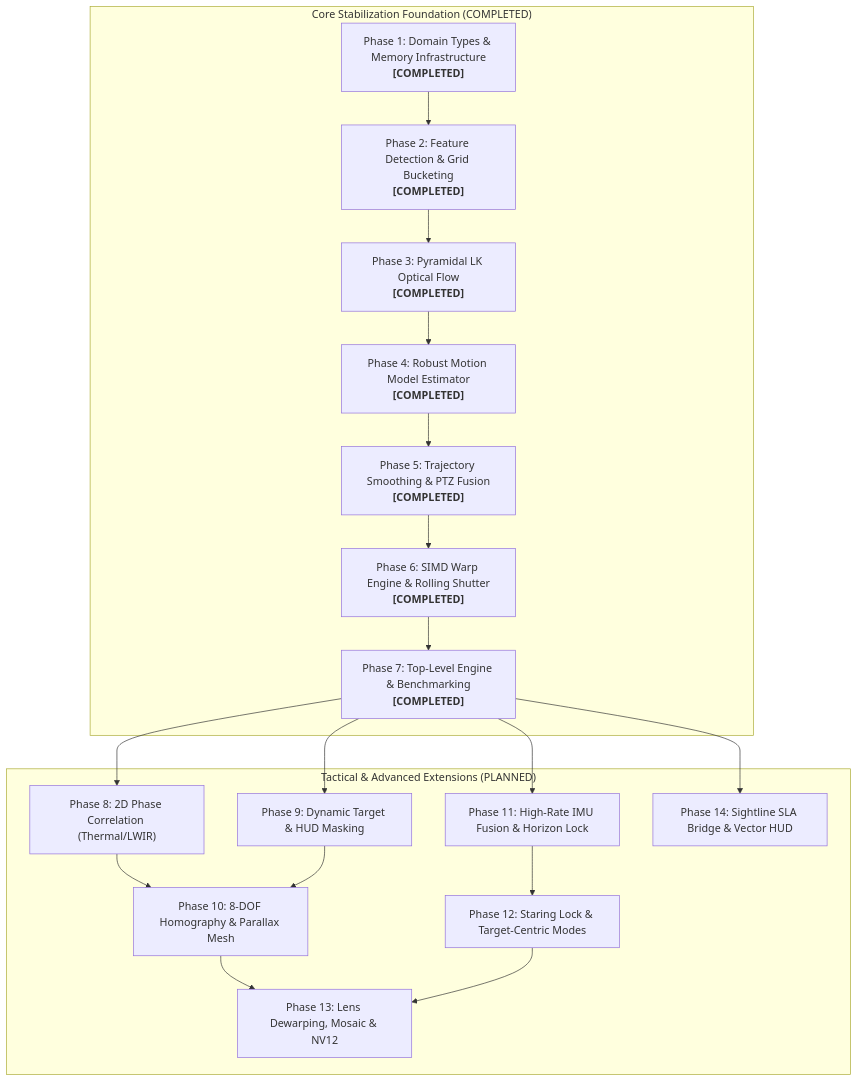
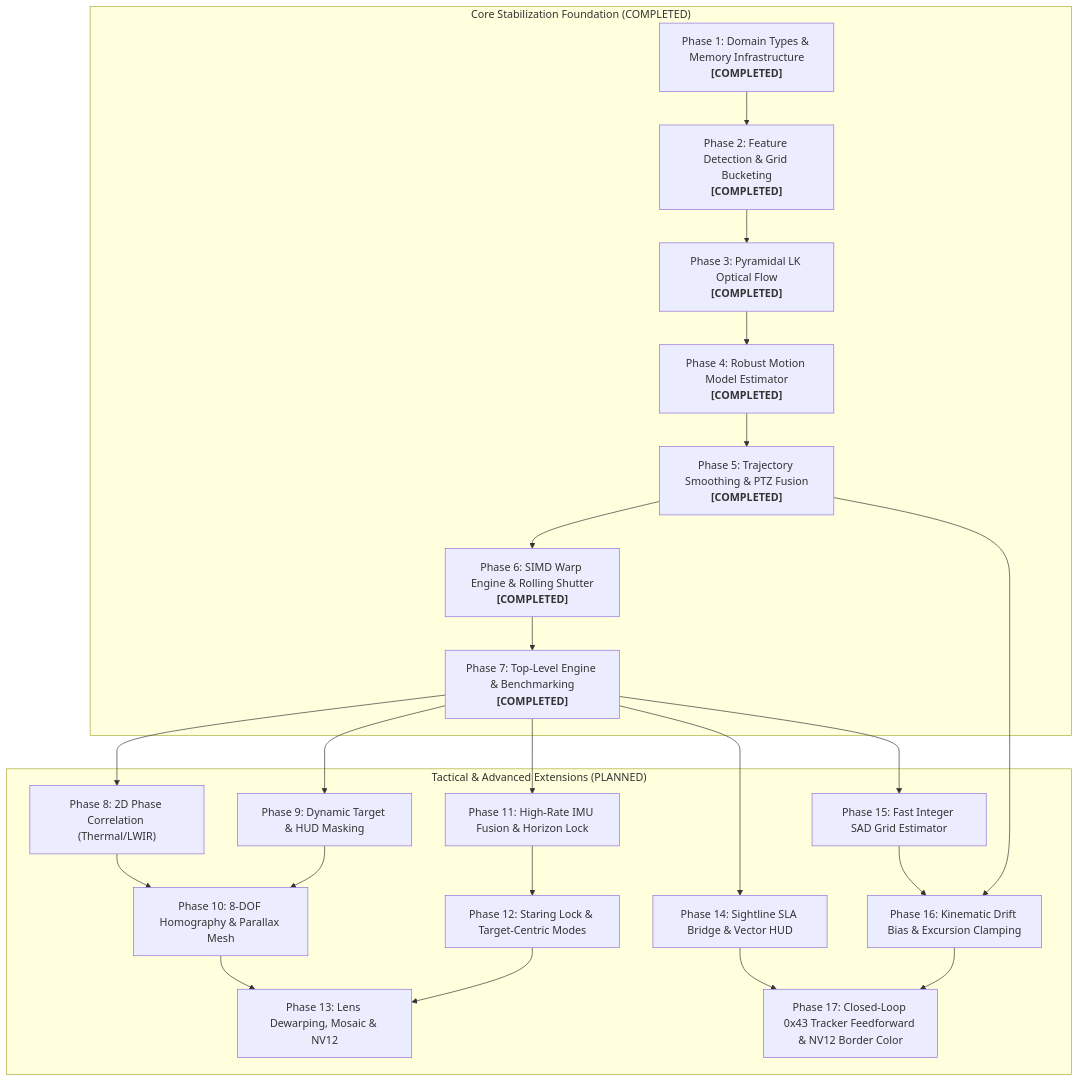
The fourth of 4 diagrams in docs/stabilizer_implementation_plan.md (svagionitis/PelcoD-Controller), drawn with Mermaid before and after one commit. The commit also changed other lines of this file and 1 other file, not shown here.

First line of the commit message:
docs(core): expand stabilizer and lens roadmaps

````diff
--- a/docs/stabilizer_implementation_plan.md
+++ b/docs/stabilizer_implementation_plan.md
@@ -467,21 +581,24 @@
 ```mermaid
 flowchart TD
     subgraph CoreFoundation["Core Stabilization Foundation (COMPLETED)"]
         P1["Phase 1: Domain Types & Memory Infrastructure<br/><b>[COMPLETED]</b>"] --> P2["Phase 2: Feature Detection & Grid Bucketing<br/><b>[COMPLETED]</b>"]
         P2 --> P3["Phase 3: Pyramidal LK Optical Flow<br/><b>[COMPLETED]</b>"]
         P3 --> P4["Phase 4: Robust Motion Model Estimator<br/><b>[COMPLETED]</b>"]
         P4 --> P5["Phase 5: Trajectory Smoothing & PTZ Fusion<br/><b>[COMPLETED]</b>"]
         P5 --> P6["Phase 6: SIMD Warp Engine & Rolling Shutter<br/><b>[COMPLETED]</b>"]
         P6 --> P7["Phase 7: Top-Level Engine & Benchmarking<br/><b>[COMPLETED]</b>"]
     end
 
     subgraph Extensions["Tactical & Advanced Extensions (PLANNED)"]
         P7 --> P8["Phase 8: 2D Phase Correlation (Thermal/LWIR)"]
         P7 --> P9["Phase 9: Dynamic Target & HUD Masking"]
         P8 & P9 --> P10["Phase 10: 8-DOF Homography & Parallax Mesh"]
         P7 --> P11["Phase 11: High-Rate IMU Fusion & Horizon Lock"]
         P11 --> P12["Phase 12: Staring Lock & Target-Centric Modes"]
         P10 & P12 --> P13["Phase 13: Lens Dewarping, Mosaic & NV12"]
         P7 --> P14["Phase 14: Sightline SLA Bridge & Vector HUD"]
+        P7 --> P15["Phase 15: Fast Integer SAD Grid Estimator"]
+        P15 & P5 --> P16["Phase 16: Kinematic Drift Bias & Excursion Clamping"]
+        P14 & P16 --> P17["Phase 17: Closed-Loop 0x43 Tracker Feedforward & NV12 Border Color"]
     end
 ```
````
